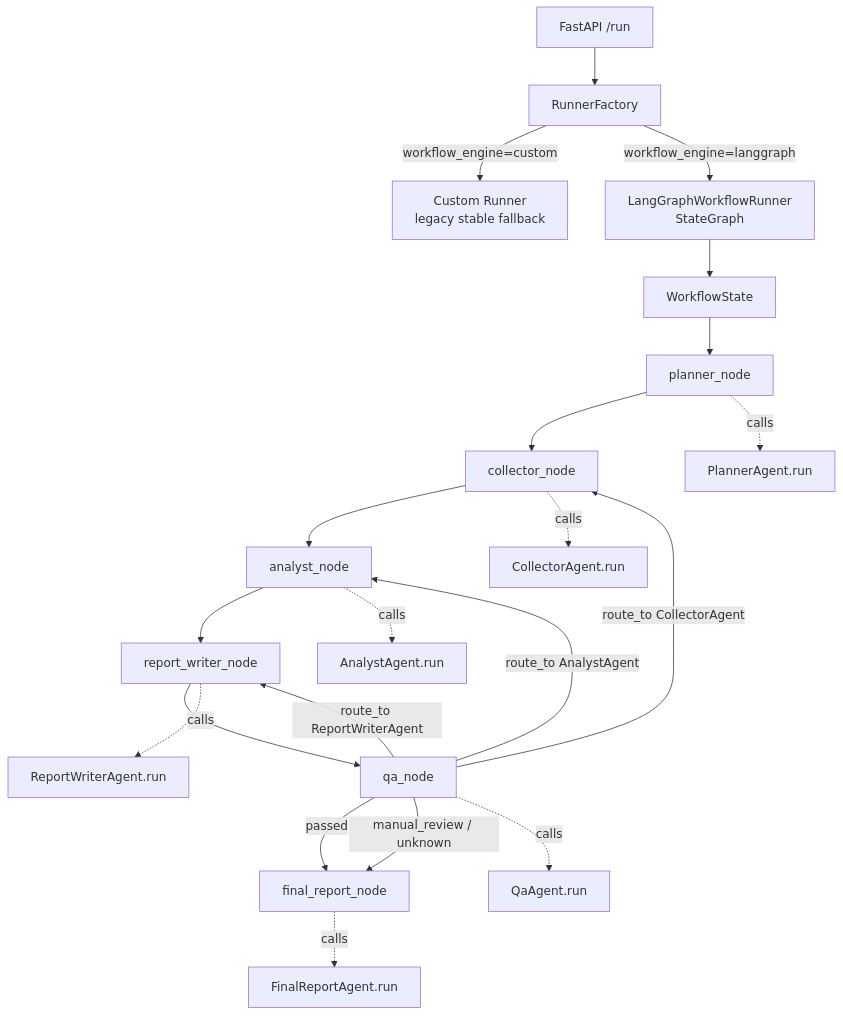
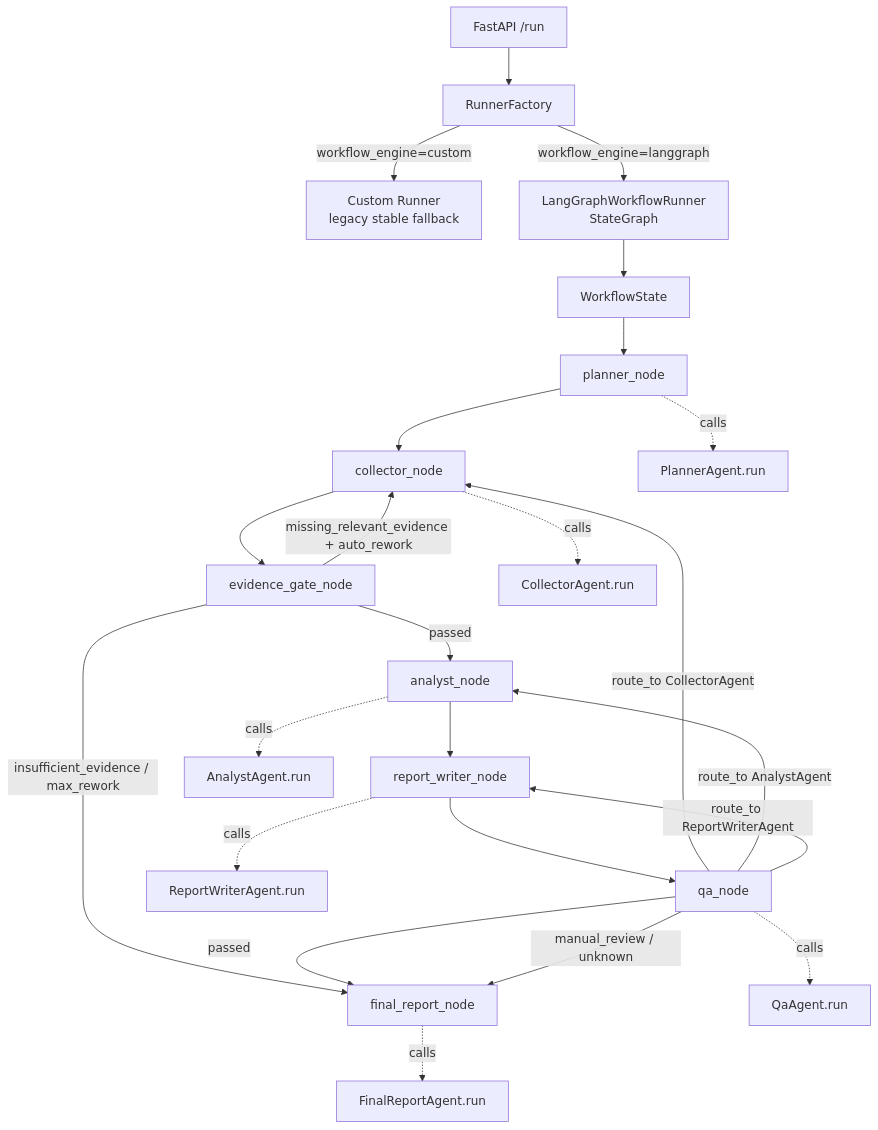
Before and after one commit to XH-111/cis-agent-demo: the fourth of 6 diagrams in docs/architecture.md, drawn with Mermaid. The commit also changed other lines of this file and 26 other files, not shown here.

````diff
--- a/docs/architecture.md
+++ b/docs/architecture.md
@@ -118,25 +120,28 @@
 ```mermaid
 flowchart TD
     API[FastAPI /run] --> Factory[RunnerFactory]
     Factory -->|workflow_engine=custom| Custom[Custom Runner<br/>legacy stable fallback]
     Factory -->|workflow_engine=langgraph| LG[LangGraphWorkflowRunner<br/>StateGraph]
 
     LG --> State[WorkflowState]
     State --> PlannerNode[planner_node]
     PlannerNode --> CollectorNode[collector_node]
-    CollectorNode --> AnalystNode[analyst_node]
+    CollectorNode --> EvidenceGateNode[evidence_gate_node]
+    EvidenceGateNode -->|passed| AnalystNode[analyst_node]
+    EvidenceGateNode -->|missing_relevant_evidence + auto_rework| CollectorNode
+    EvidenceGateNode -->|insufficient_evidence / max_rework| FinalNode[final_report_node]
     AnalystNode --> WriterNode[report_writer_node]
     WriterNode --> QANode[qa_node]
-    QANode -->|passed| FinalNode[final_report_node]
+    QANode -->|passed| FinalNode
     QANode -->|route_to CollectorAgent| CollectorNode
     QANode -->|route_to AnalystAgent| AnalystNode
     QANode -->|route_to ReportWriterAgent| WriterNode
     QANode -->|manual_review / unknown| FinalNode
 
     PlannerNode -. calls .-> PlannerRun[PlannerAgent.run]
     CollectorNode -. calls .-> CollectorRun[CollectorAgent.run]
     AnalystNode -. calls .-> AnalystRun[AnalystAgent.run]
     WriterNode -. calls .-> WriterRun[ReportWriterAgent.run]
     QANode -. calls .-> QARun[QaAgent.run]
     FinalNode -. calls .-> FinalRun[FinalReportAgent.run]
 ```
````
